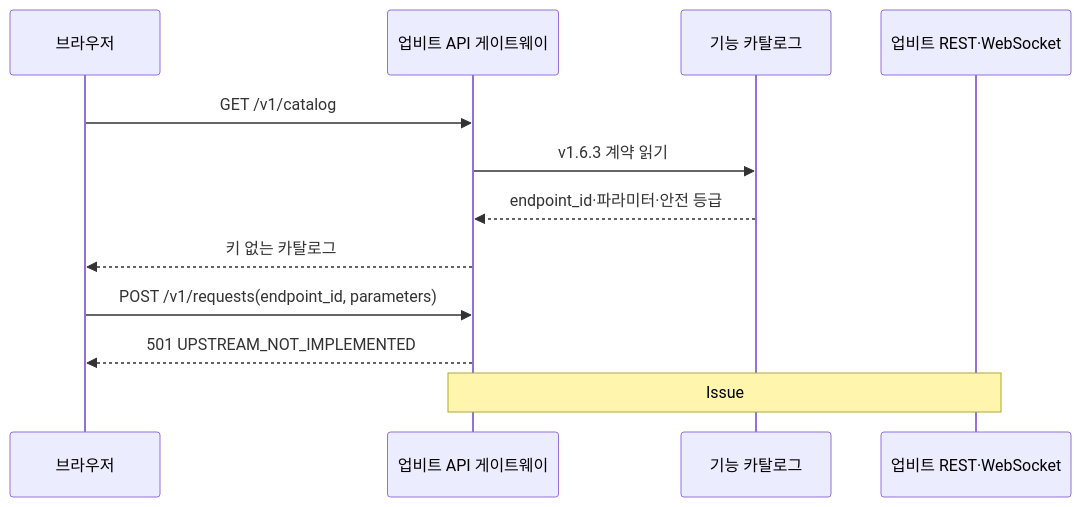
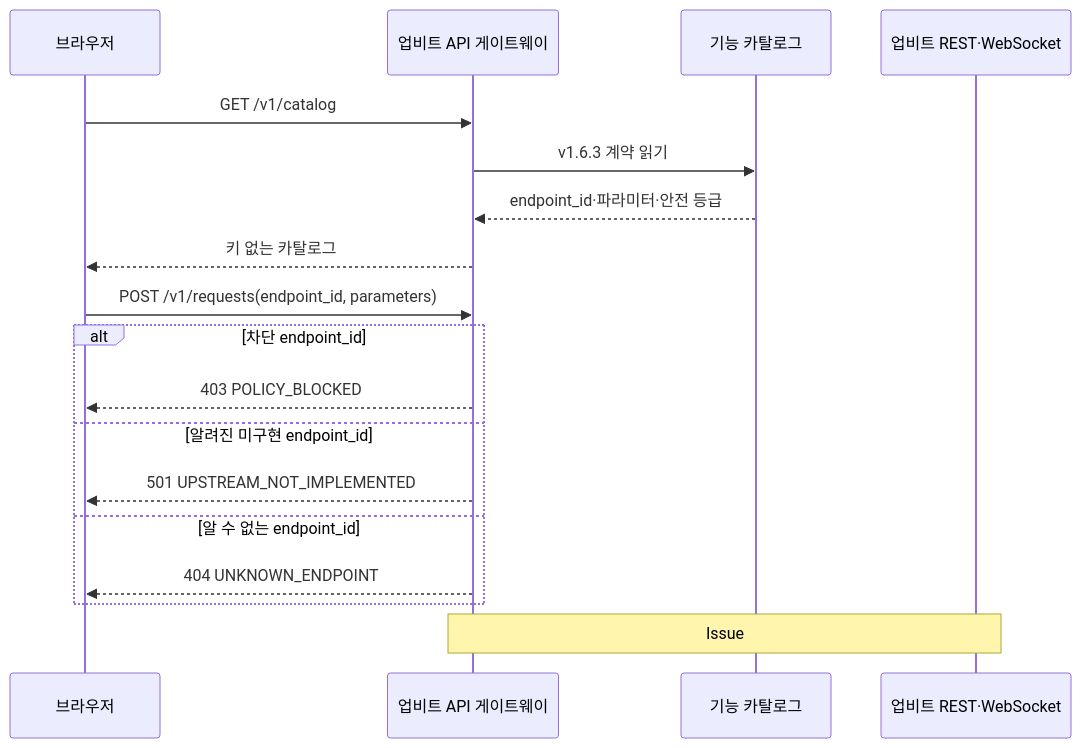
One commit to goodjoon-company/goodmoneying changed the diagram in docs/02_Architecture/upbit-api-gateway.md. Above: the diagram before and after it, drawn with Mermaid. The commit also changed other lines of this file and 15 other files, not shown here.

````diff
--- a/docs/02_Architecture/upbit-api-gateway.md
+++ b/docs/02_Architecture/upbit-api-gateway.md
@@ -25,15 +25,21 @@
 ```mermaid
 sequenceDiagram
     participant B as 브라우저
     participant G as 업비트 API 게이트웨이
     participant C as 기능 카탈로그
     participant U as 업비트 REST·WebSocket
 
     B->>G: GET /v1/catalog
     G->>C: v1.6.3 계약 읽기
     C-->>G: endpoint_id·파라미터·안전 등급
     G-->>B: 키 없는 카탈로그
     B->>G: POST /v1/requests(endpoint_id, parameters)
-    G-->>B: 501 UPSTREAM_NOT_IMPLEMENTED
+    alt 차단 endpoint_id
+        G-->>B: 403 POLICY_BLOCKED
+    else 알려진 미구현 endpoint_id
+        G-->>B: 501 UPSTREAM_NOT_IMPLEMENTED
+    else 알 수 없는 endpoint_id
+        G-->>B: 404 UNKNOWN_ENDPOINT
+    end
     Note over G,U: Issue #19에서는 네트워크 전송 없음
 ```
````
